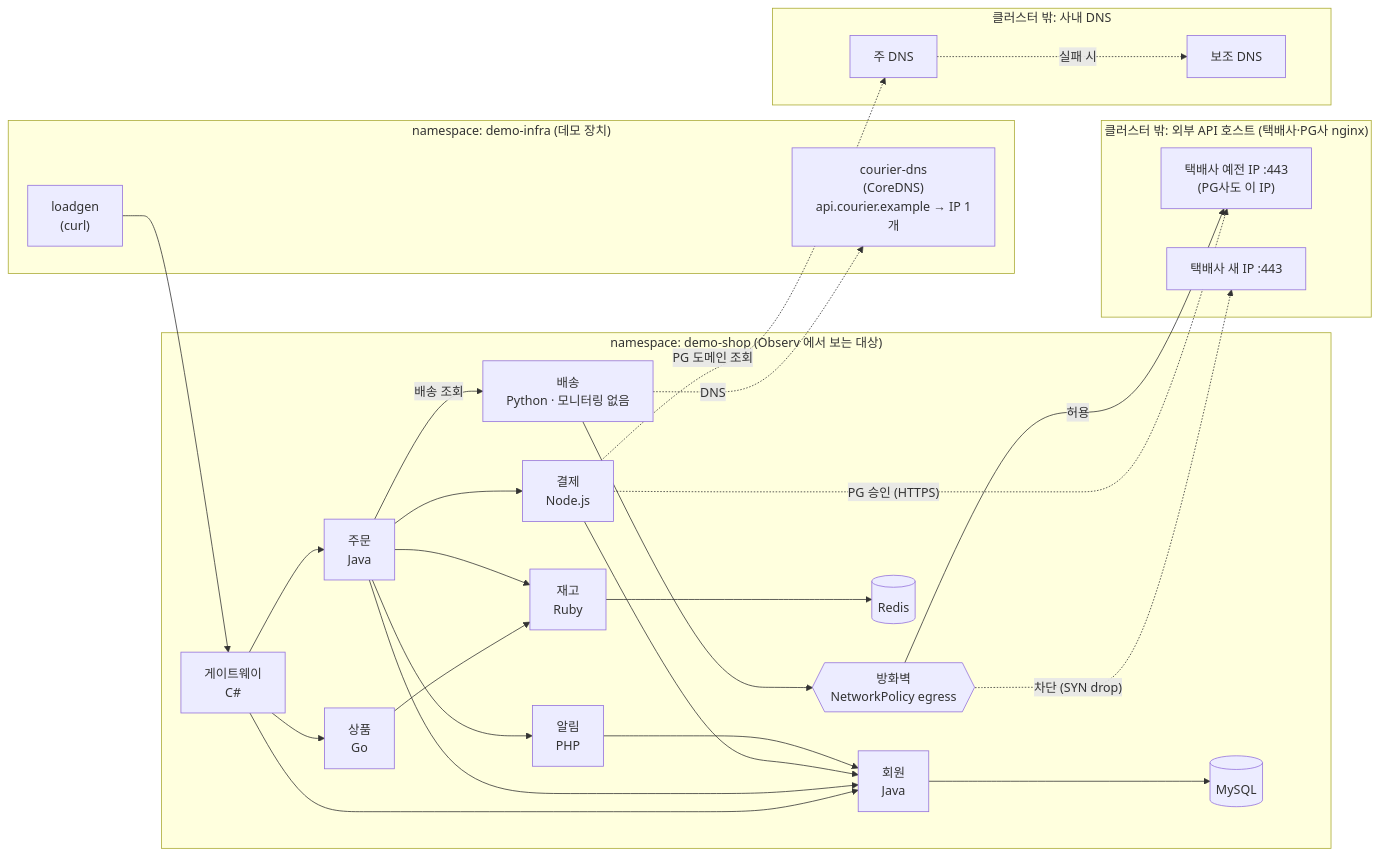
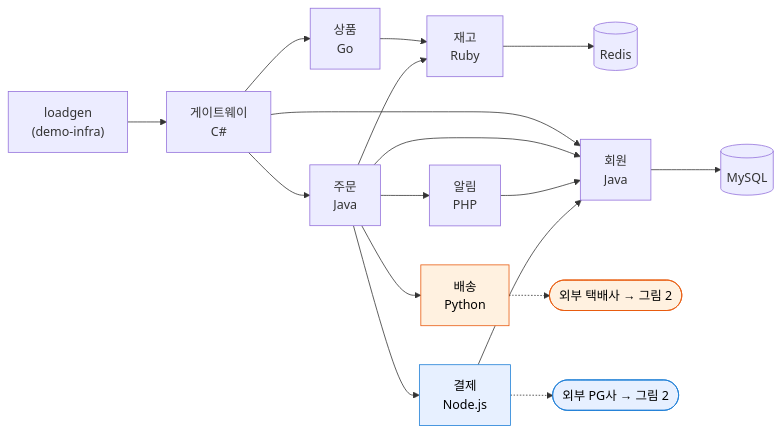
One commit to beomzh/demo-ebpf-shop changed the first of 3 diagrams in README.md. Above: the diagram before and after it, drawn with Mermaid. The commit also changed other lines of this file, not shown here.

Commit message:
README: redraw architecture as two diagrams (service calls / external dependencies per scenario)
- figure 1: in-cluster call graph, delivery (courier) and payment (PG) highlighted
- figure 2: external stage — courier-dns + firewall + nginx courier API (scenario 1),
  corporate DNS primary/secondary + nginx PG API (scenario 2)
- scenario summary table and component table (external API host nginx, corporate DNS)

````diff
--- a/README.md
+++ b/README.md
@@ -68,48 +70,20 @@
 ```mermaid
 flowchart LR
-  subgraph infra["namespace: demo-infra (데모 장치)"]
-    LG["loadgen<br/>(curl)"]
-    DNS["courier-dns<br/>(CoreDNS)<br/>api.courier.example → IP 1개"]
-  end
-
-  subgraph shop["namespace: demo-shop (Observ 에서 보는 대상)"]
-    GW["게이트웨이<br/>C#"]
-    ORD["주문<br/>Java"]
-    MEM["회원<br/>Java"]
-    PRD["상품<br/>Go"]
-    INV["재고<br/>Ruby"]
-    PAY["결제<br/>Node.js"]
-    NOTI["알림<br/>PHP"]
-    DLV["배송<br/>Python · 모니터링 없음"]
-    DB[("MySQL")]
-    RD[("Redis")]
-    FW{{"방화벽<br/>NetworkPolicy egress"}}
-  end
-
-  subgraph ext["클러스터 밖: 외부 API 호스트 (택배사·PG사 nginx)"]
-    OLD["택배사 예전 IP :443<br/>(PG사도 이 IP)"]
-    NEW["택배사 새 IP :443"]
-  end
-
-  subgraph corp["클러스터 밖: 사내 DNS"]
-    P1["주 DNS"]
-    P2["보조 DNS"]
-  end
-
-  LG --> GW
-  GW --> PRD --> INV --> RD
-  GW --> MEM --> DB
-  GW --> ORD
+  LG["loadgen<br/>(demo-infra)"] --> GW["게이트웨이<br/>C#"]
+  GW --> PRD["상품<br/>Go"] --> INV["재고<br/>Ruby"] --> RD[("Redis")]
+  GW --> MEM["회원<br/>Java"] --> DB[("MySQL")]
+  GW --> ORD["주문<br/>Java"]
   ORD --> MEM
   ORD --> INV
-  ORD --> PAY --> MEM
-  PAY -.->|"PG 승인 (HTTPS)"| OLD
-  PAY -.->|"PG 도메인 조회"| P1
-  P1 -.->|"실패 시"| P2
-  ORD --> NOTI --> MEM
-  ORD -->|"배송 조회"| DLV
-  DLV -.->|DNS| DNS
-  DLV --> FW
-  FW -->|허용| OLD
-  FW -.->|"차단 (SYN drop)"| NEW
+  ORD --> NOTI["알림<br/>PHP"] --> MEM
+  ORD --> DLV["배송<br/>Python"]
+  DLV -.-> EXT1(["외부 택배사 → 그림 2"])
+  ORD --> PAY["결제<br/>Node.js"]
+  PAY --> MEM
+  PAY -.-> EXT2(["외부 PG사 → 그림 2"])
+
+  classDef courier fill:#fff1e0,stroke:#e8590c,color:#000
+  classDef pg fill:#e7f0ff,stroke:#1c7ed6,color:#000
+  class DLV,EXT1 courier
+  class PAY,EXT2 pg
 ```
````
